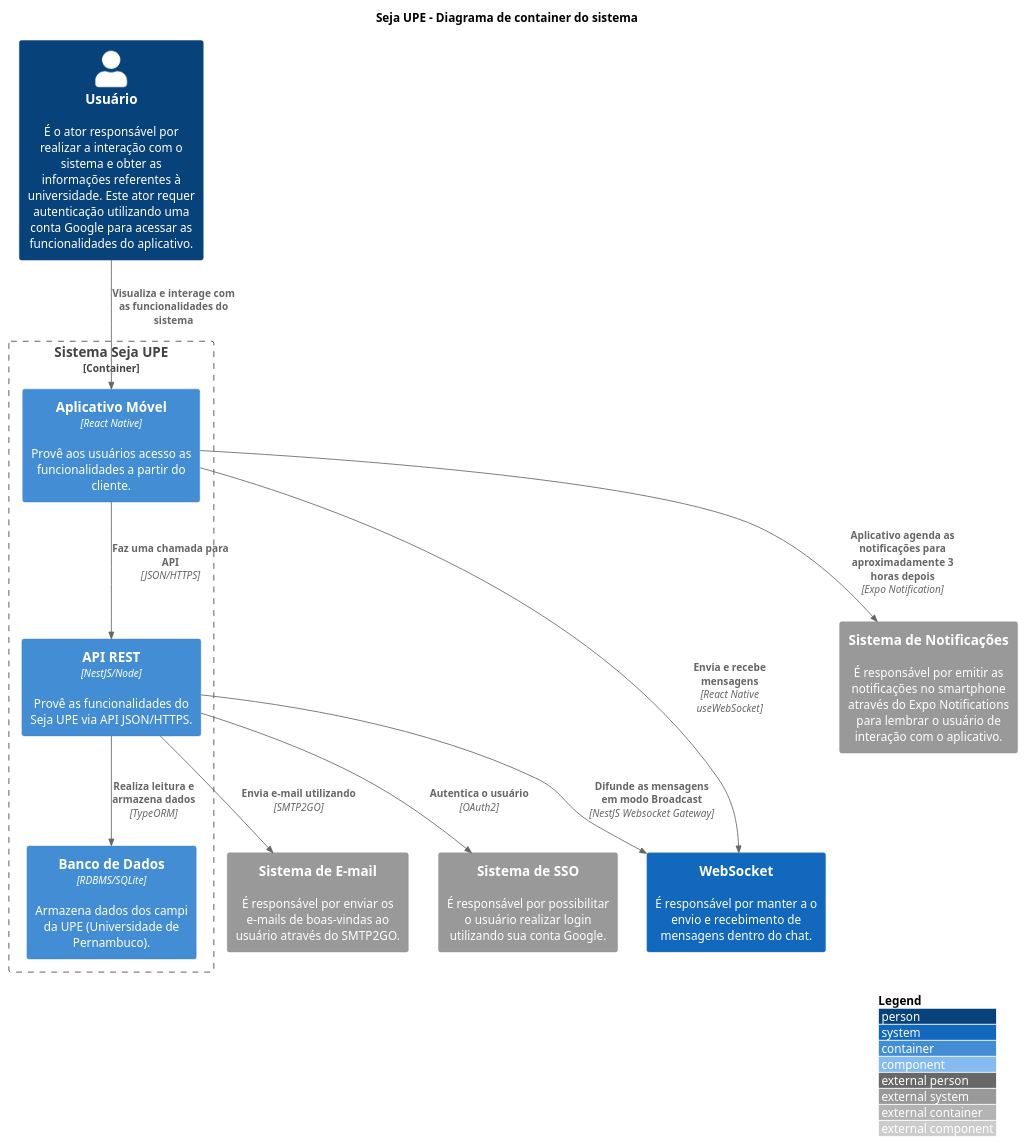
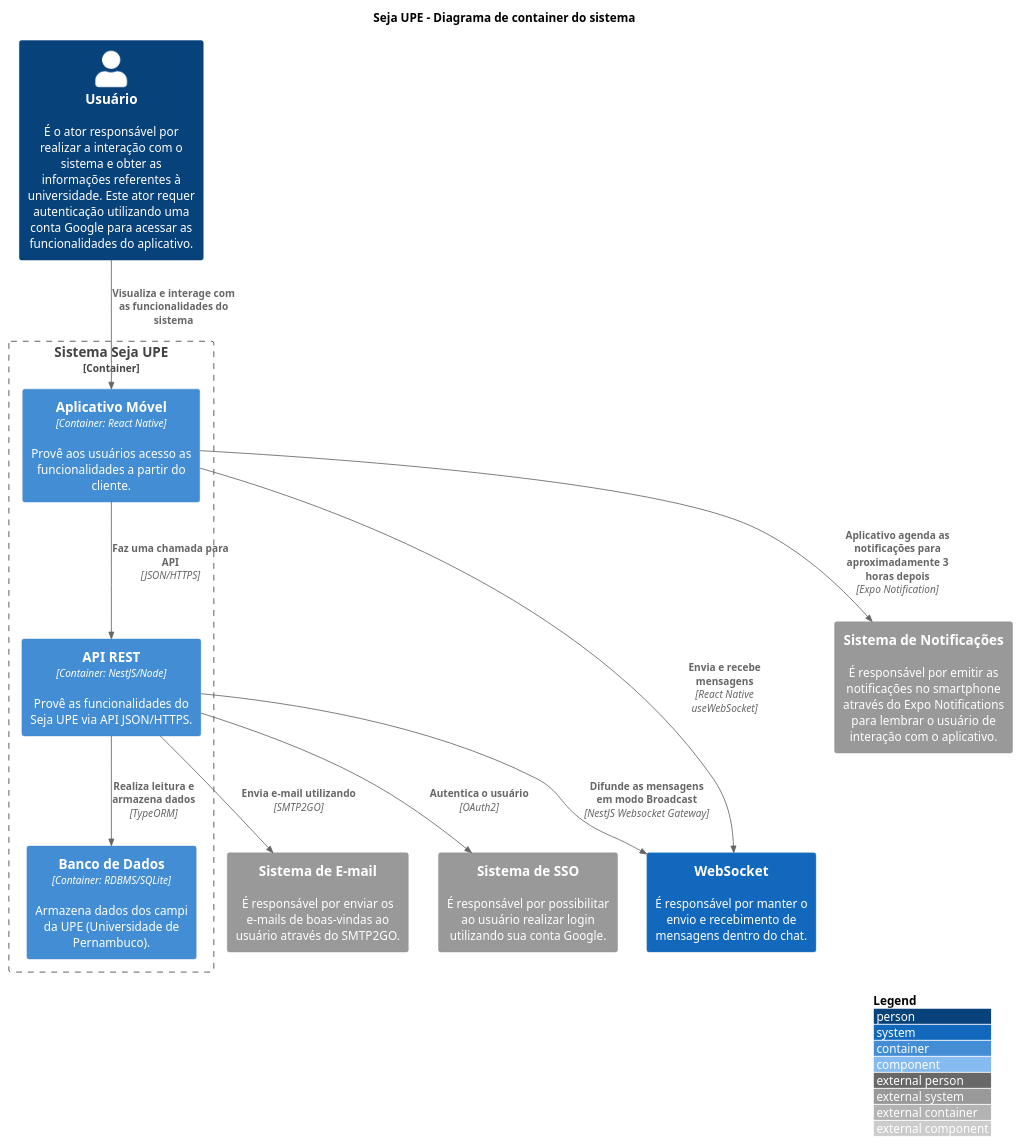
Before and after one commit to MurylloEx/Seja-UPE-Docs: the diagram in src/C1. Visão Geral/C2. Sistema/containers.puml, drawn with PlantUML.

Commit message:
docs: fix some typo errors

```diff
--- a/src/C1. Visão Geral/C2. Sistema/containers.puml
+++ b/src/C1. Visão Geral/C2. Sistema/containers.puml
@@ -1,32 +1,32 @@
 @startuml "Container Diagram"
 
 title "Seja UPE - Diagrama de container do sistema"
 
 !include https://raw.githubusercontent.com/adrianvlupu/C4-PlantUML/latest/C4_Component.puml
 
 LAYOUT_WITH_LEGEND()
 
 Person(ActorUser, "Usuário", "É o ator responsável por realizar a interação com o sistema e obter as informações referentes à universidade. Este ator requer autenticação utilizando uma conta Google para acessar as funcionalidades do aplicativo.")
 
 Container_Boundary(SystemSejaUPE, "Sistema Seja UPE") {
-  Container(ContainerMobileApp, "Aplicativo Móvel", "React Native", "Provê aos usuários acesso as funcionalidades a partir do cliente.")
-  Container(ContainerServerApi, "API REST", "NestJS/Node", "Provê as funcionalidades do Seja UPE via API JSON/HTTPS.")
-  Container(ContainerDatabase, "Banco de Dados", "RDBMS/SQLite", "Armazena dados dos campi da UPE (Universidade de Pernambuco).")
+  Container(ContainerMobileApp, "Aplicativo Móvel", "Container: React Native", "Provê aos usuários acesso as funcionalidades a partir do cliente.")
+  Container(ContainerServerApi, "API REST", "Container: NestJS/Node", "Provê as funcionalidades do Seja UPE via API JSON/HTTPS.")
+  Container(ContainerDatabase, "Banco de Dados", "Container: RDBMS/SQLite", "Armazena dados dos campi da UPE (Universidade de Pernambuco).")
   
   Rel(ContainerServerApi, ContainerDatabase, "Realiza leitura e armazena dados", "TypeORM")
   Rel(ContainerMobileApp, ContainerServerApi, "Faz uma chamada para API", "JSON/HTTPS")
 }
 
-System(SystemWebsocket, "WebSocket", "É responsável por manter a o envio e recebimento de mensagens dentro do chat.")
+System(SystemWebsocket, "WebSocket", "É responsável por manter o envio e recebimento de mensagens dentro do chat.")
 System_Ext(SystemSmtp, "Sistema de E-mail", "É responsável por enviar os e-mails de boas-vindas ao usuário através do SMTP2GO.")
 System_Ext(SystemNotification, "Sistema de Notificações", "É responsável por emitir as notificações no smartphone através do Expo Notifications para lembrar o usuário de interação com o aplicativo.")
-System_Ext(SystemOAuth2, "Sistema de SSO", "É responsável por possibilitar o usuário realizar login utilizando sua conta Google.")
+System_Ext(SystemOAuth2, "Sistema de SSO", "É responsável por possibilitar ao usuário realizar login utilizando sua conta Google.")
 
 Rel(ActorUser, ContainerMobileApp, "Visualiza e interage com as funcionalidades do sistema")
 Rel(ContainerMobileApp, SystemNotification, "Aplicativo agenda as notificações para aproximadamente 3 horas depois", "Expo Notification")
 Rel(ContainerMobileApp, SystemWebsocket, "Envia e recebe mensagens", "React Native useWebSocket")
 Rel(ContainerServerApi, SystemWebsocket, "Difunde as mensagens em modo Broadcast", "NestJS Websocket Gateway")
 Rel(ContainerServerApi, SystemOAuth2, "Autentica o usuário", "OAuth2")
 Rel(ContainerServerApi, SystemSmtp, "Envia e-mail utilizando", "SMTP2GO")
 
 @enduml
```
